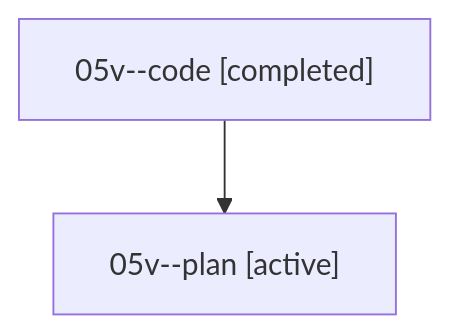
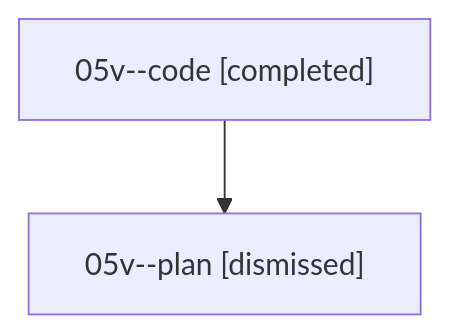
One commit to sase-org/sase--agents changed the diagram in sessions/bbugyi200.athena.05v.md. Above: the diagram before and after it, drawn with Mermaid. The commit also changed other lines of this file and 43 other files, not shown here.

````diff
--- a/sessions/bbugyi200.athena.05v.md
+++ b/sessions/bbugyi200.athena.05v.md
@@ -9,6 +9,6 @@
 ```mermaid
 flowchart TD
   n0["05v--code [completed]"]
-  n1["05v--plan [active]"]
+  n1["05v--plan [dismissed]"]
   n0 --> n1
 ```
````
